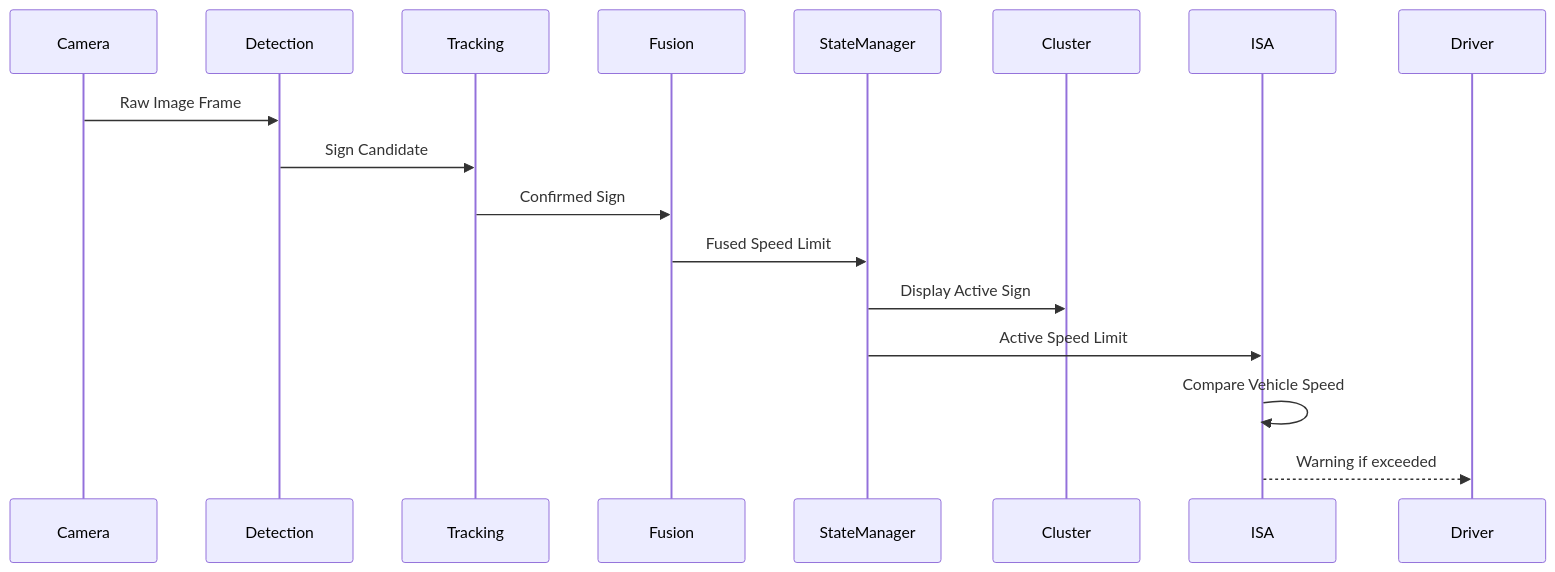
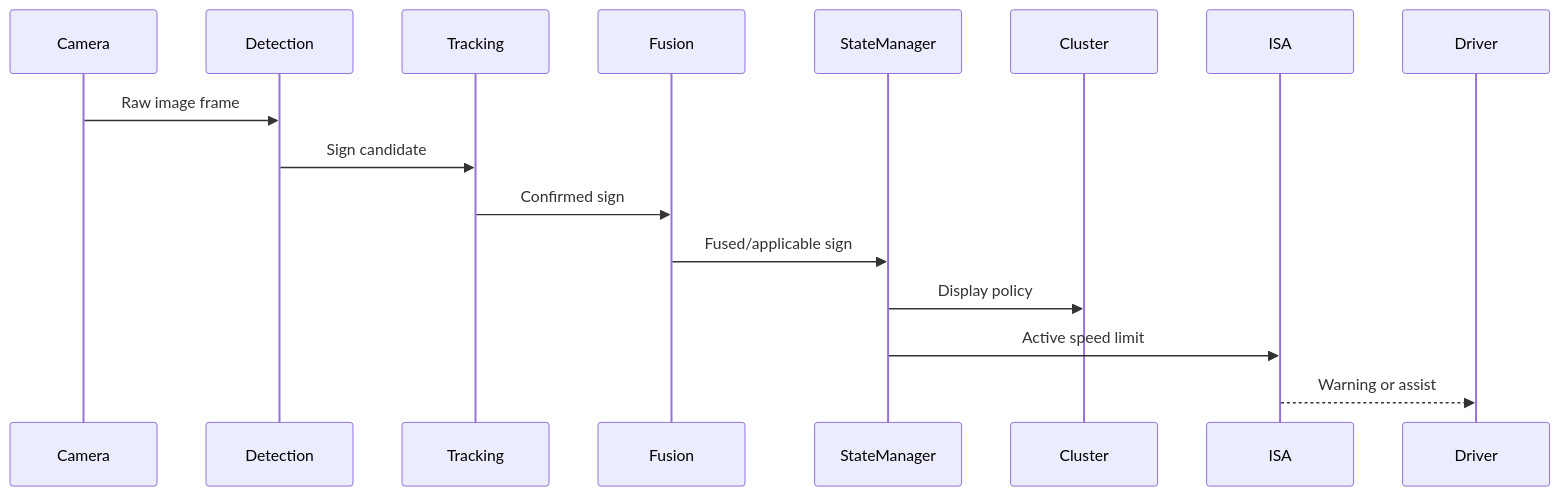
The second of 2 diagrams in research/diagram.md (LeNguyenHaiDuong/adas-tsr), drawn with Mermaid before and after one commit. The commit also changed other lines of this file and 10 other files, not shown here.

````diff
--- a/research/diagram.md
+++ b/research/diagram.md
@@ -427,27 +208,18 @@
 ```mermaid
 sequenceDiagram
-
 participant Camera
 participant Detection
 participant Tracking
 participant Fusion
 participant StateManager
 participant Cluster
 participant ISA
 
-Camera->>Detection: Raw Image Frame
-
-Detection->>Tracking: Sign Candidate
-
-Tracking->>Fusion: Confirmed Sign
-
-Fusion->>StateManager: Fused Speed Limit
-
-StateManager->>Cluster: Display Active Sign
-
-StateManager->>ISA: Active Speed Limit
-
-ISA->>ISA: Compare Vehicle Speed
-
-ISA-->>Driver: Warning if exceeded
+Camera->>Detection: Raw image frame
+Detection->>Tracking: Sign candidate
+Tracking->>Fusion: Confirmed sign
+Fusion->>StateManager: Fused/applicable sign
+StateManager->>Cluster: Display policy
+StateManager->>ISA: Active speed limit
+ISA-->>Driver: Warning or assist
 ```
````
